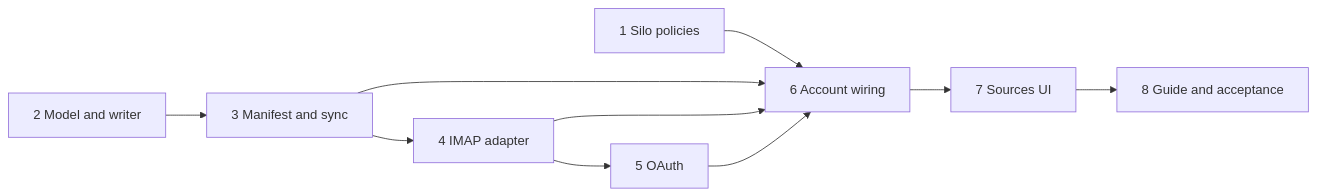
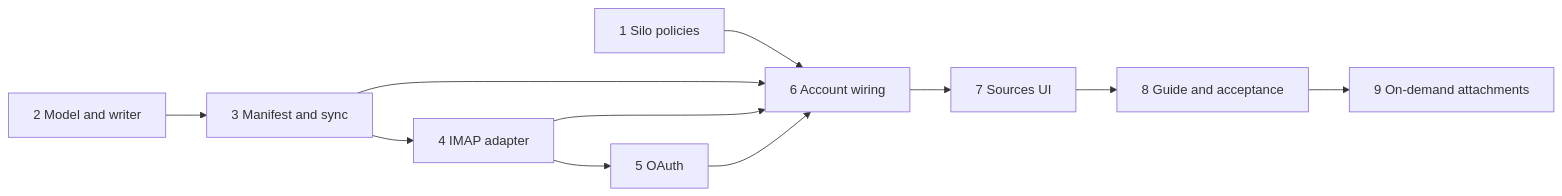
Before and after one commit to JamesAIzzard/lodestone: the diagram in docs/email-mirror/00-overview.md, drawn with Mermaid. The commit also changed other lines of this file and 2 other files, not shown here.

````diff
--- a/docs/email-mirror/00-overview.md
+++ b/docs/email-mirror/00-overview.md
@@ -34,12 +36,13 @@
 ```mermaid
 flowchart LR
   P1[1 Silo policies] --> P6[6 Account wiring]
   P2[2 Model and writer] --> P3[3 Manifest and sync]
   P3 --> P4[4 IMAP adapter]
   P4 --> P5[5 OAuth]
   P3 --> P6
   P4 --> P6
   P5 --> P6
   P6 --> P7[7 Sources UI]
   P7 --> P8[8 Guide and acceptance]
+  P8 --> P9[9 On-demand attachments]
 ```
````
